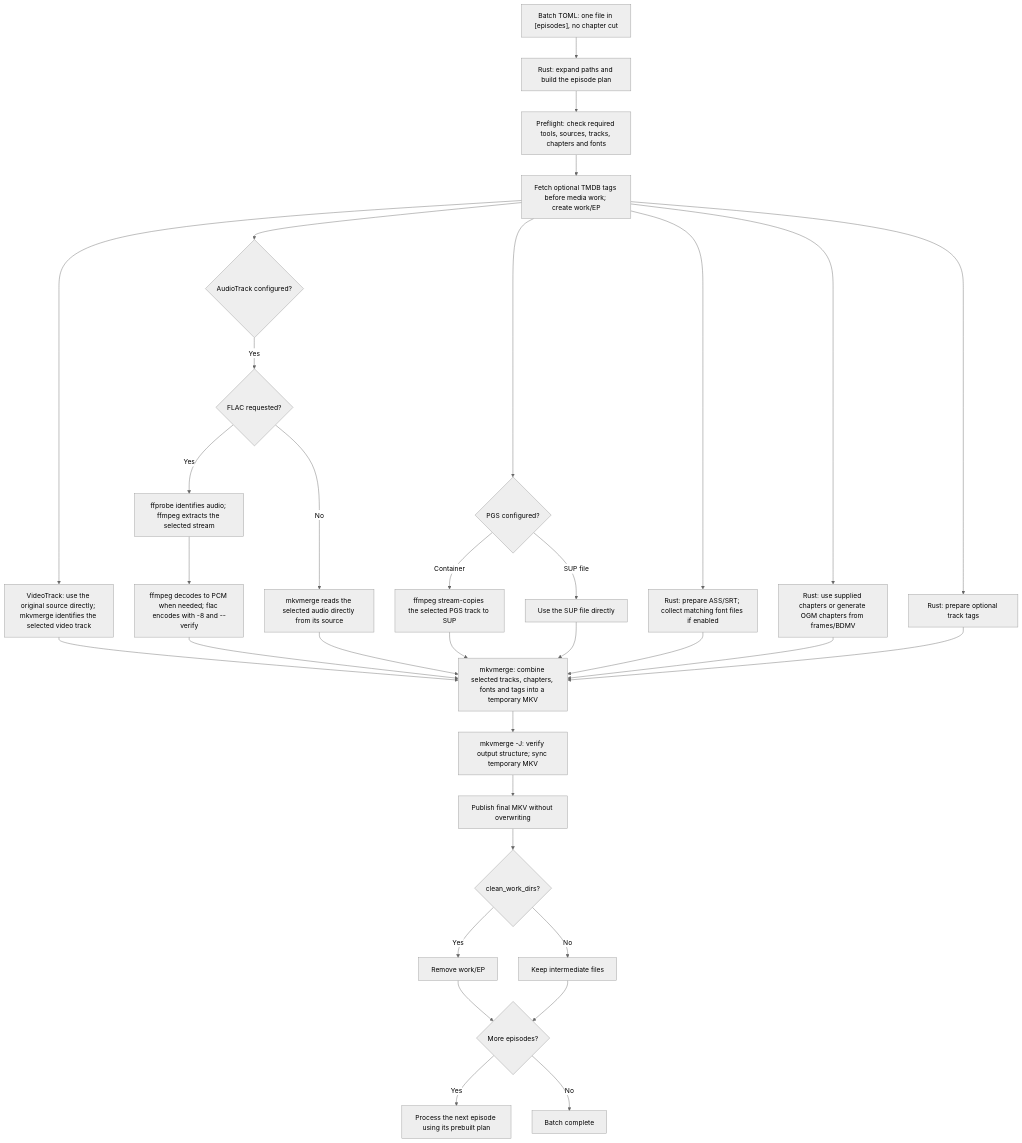
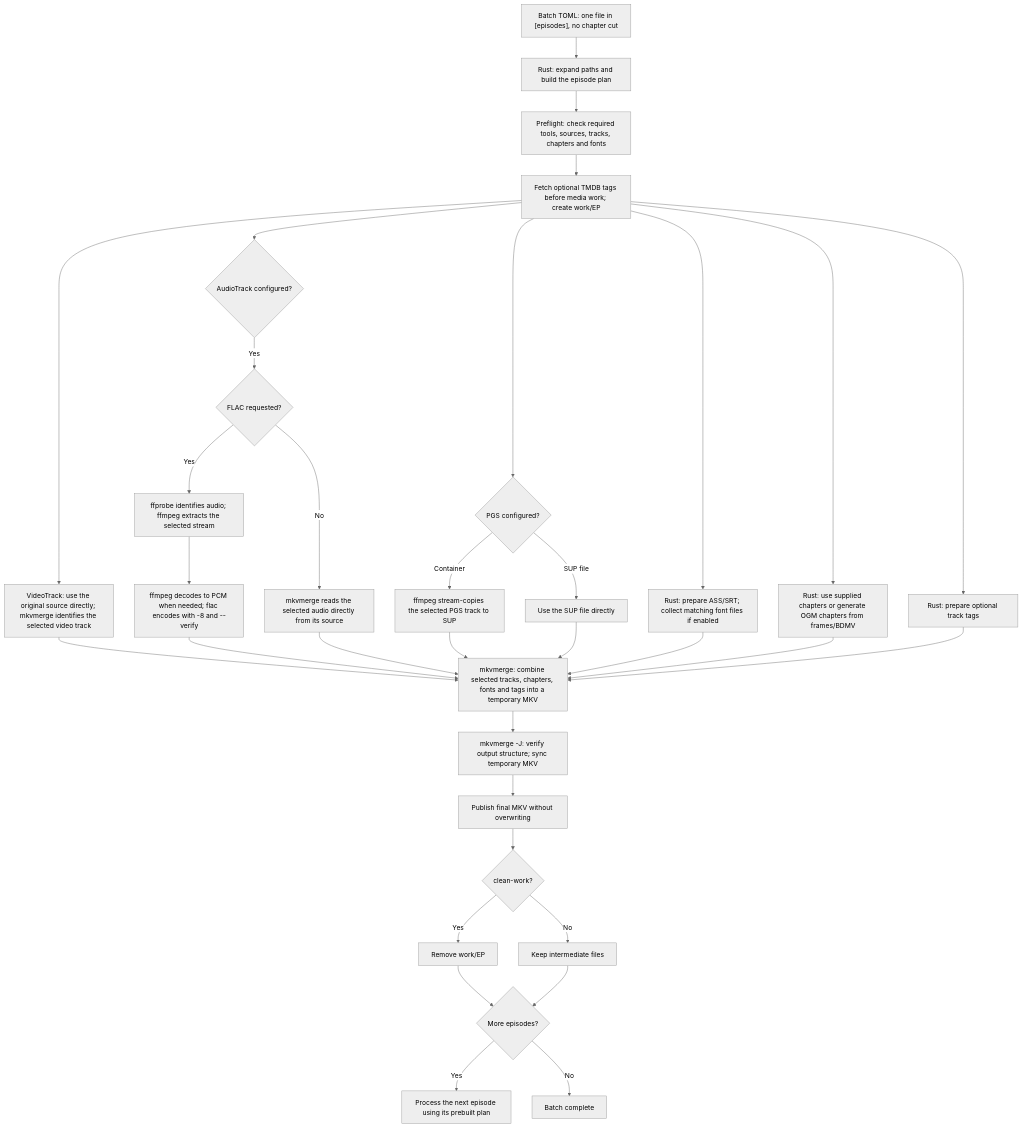
One commit to IncYami/muxcraft changed the diagram in docs/single-source-flow.mmd. Above: the diagram before and after it, drawn with Mermaid (neutral theme). The commit also changed 18 other files, not shown here.

```diff
--- a/docs/single-source-flow.mmd
+++ b/docs/single-source-flow.mmd
@@ -1,33 +1,33 @@
 flowchart TD
     A["Batch TOML: one file in [episodes], no chapter cut"] --> B["Rust: expand paths and build the episode plan"]
     B --> C["Preflight: check required tools, sources, tracks, chapters and fonts"]
     C --> W["Fetch optional TMDB tags before media work; create work/EP"]
     W --> V["VideoTrack: use the original source directly; mkvmerge identifies the selected video track"]
     W --> AU{"AudioTrack configured?"}
     AU -- Yes --> AC{"FLAC requested?"}
     AC -- Yes --> AX["ffprobe identifies audio; ffmpeg extracts the selected stream"]
     AX --> PCM["ffmpeg decodes to PCM when needed; flac encodes with -8 and --verify"]
     AC -- No --> COPY["mkvmerge reads the selected audio directly from its source"]
     W --> PG{"PGS configured?"}
     PG -- Container --> PX["ffmpeg stream-copies the selected PGS track to SUP"]
     PG -- SUP file --> PD["Use the SUP file directly"]
     W --> SUB["Rust: prepare ASS/SRT; collect matching font files if enabled"]
     W --> CH["Rust: use supplied chapters or generate OGM chapters from frames/BDMV"]
     W --> TAG["Rust: prepare optional track tags"]
     V --> MX["mkvmerge: combine selected tracks, chapters, fonts and tags into a temporary MKV"]
     PCM --> MX
     COPY --> MX
     PX --> MX
     PD --> MX
     SUB --> MX
     CH --> MX
     TAG --> MX
     MX --> VERIFY["mkvmerge -J: verify output structure; sync temporary MKV"]
     VERIFY --> OUT["Publish final MKV without overwriting"]
-    OUT --> CLEAN{"clean_work_dirs?"}
+    OUT --> CLEAN{"clean-work?"}
     CLEAN -- Yes --> RM["Remove work/EP"]
     CLEAN -- No --> KEEP["Keep intermediate files"]
     RM --> NEXT{"More episodes?"}
     KEEP --> NEXT
     NEXT -- Yes --> REPEAT["Process the next episode using its prebuilt plan"]
     NEXT -- No --> DONE["Batch complete"]
```
